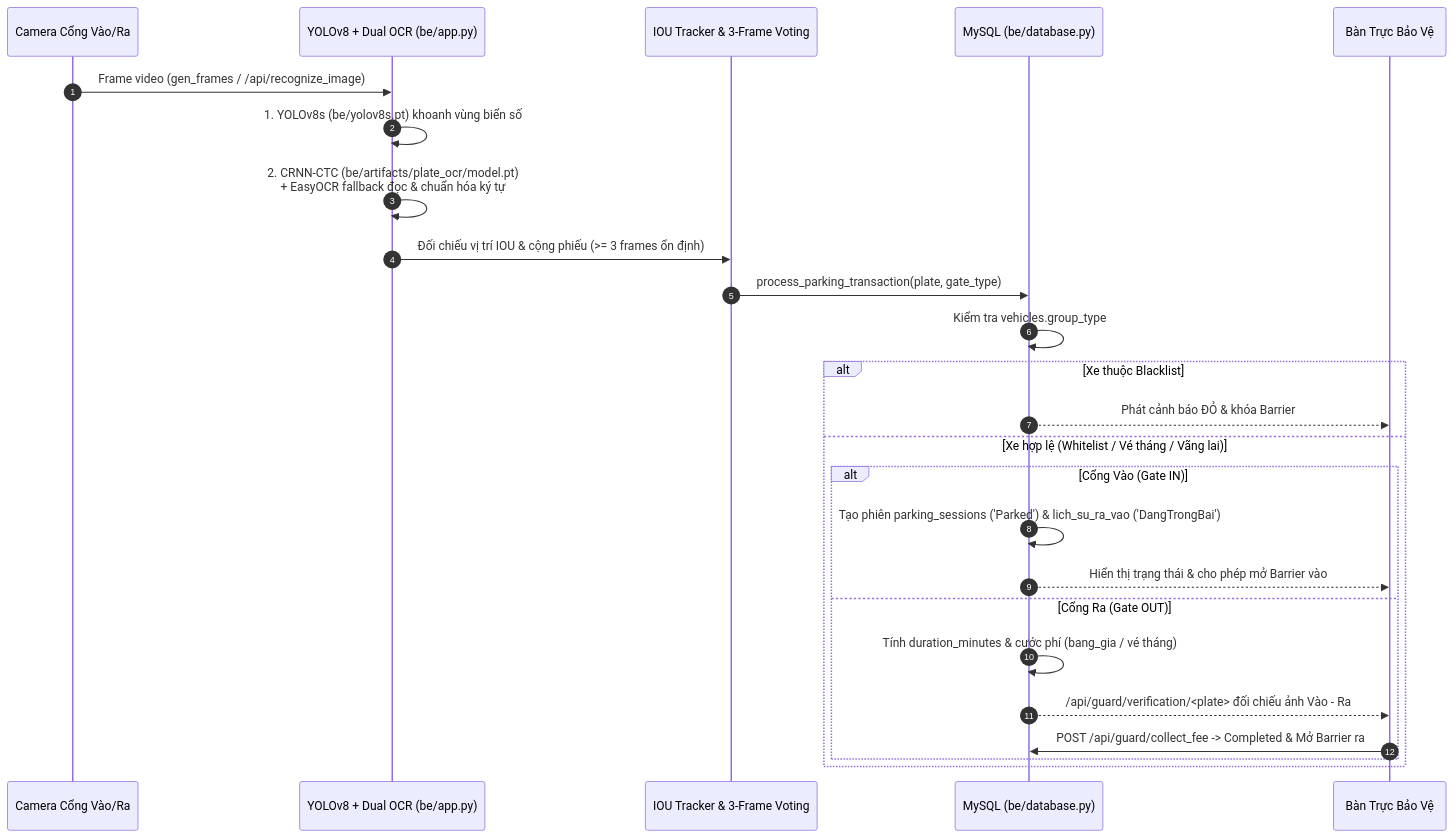
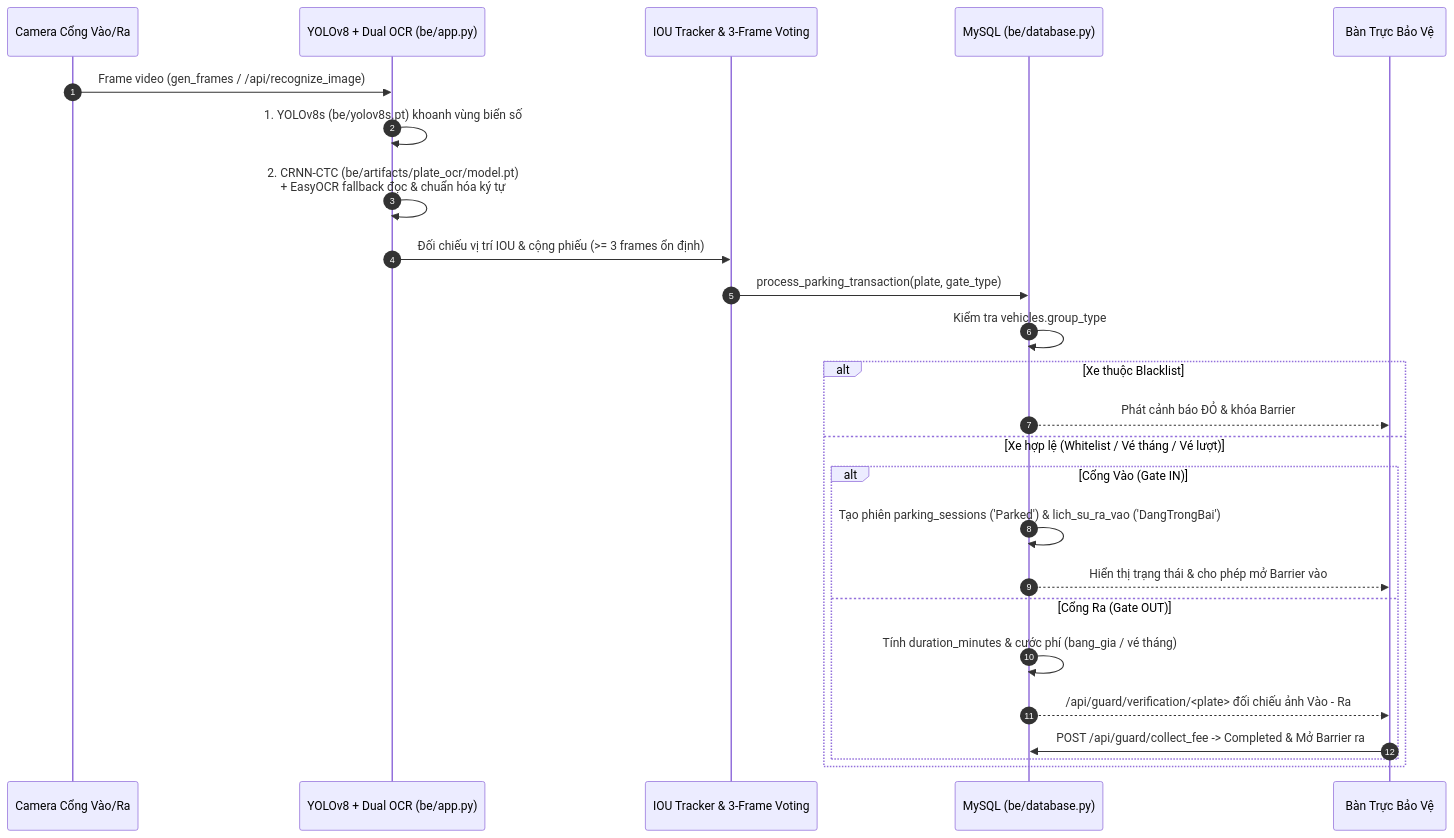
One commit to Truong027/CNPM24 changed the third of 3 diagrams in README.md. Above: the diagram before and after it, drawn with Mermaid. The commit also changed other lines of this file and 1 other file, not shown here.

Commit message:
docs: remove Public Guest actor from diagrams so only the 3 project roles appear

````diff
--- a/README.md
+++ b/README.md
@@ -195,28 +195,28 @@
 ```mermaid
 sequenceDiagram
     autonumber
     participant Cam as Camera Cổng Vào/Ra
     participant AI as YOLOv8 + Dual OCR (be/app.py)
     participant Track as IOU Tracker & 3-Frame Voting
     participant DB as MySQL (be/database.py)
     participant GuardUI as Bàn Trực Bảo Vệ
 
     Cam->>AI: Frame video (gen_frames / /api/recognize_image)
     AI->>AI: 1. YOLOv8s (be/yolov8s.pt) khoanh vùng biển số
     AI->>AI: 2. CRNN-CTC (be/artifacts/plate_ocr/model.pt)<br/>+ EasyOCR fallback đọc & chuẩn hóa ký tự
     AI->>Track: Đối chiếu vị trí IOU & cộng phiếu (>= 3 frames ổn định)
     Track->>DB: process_parking_transaction(plate, gate_type)
     DB->>DB: Kiểm tra vehicles.group_type
     alt Xe thuộc Blacklist
         DB-->>GuardUI: Phát cảnh báo ĐỎ & khóa Barrier
-    else Xe hợp lệ (Whitelist / Vé tháng / Vãng lai)
+    else Xe hợp lệ (Whitelist / Vé tháng / Vé lượt)
         alt Cổng Vào (Gate IN)
             DB->>DB: Tạo phiên parking_sessions ('Parked') & lich_su_ra_vao ('DangTrongBai')
             DB-->>GuardUI: Hiển thị trạng thái & cho phép mở Barrier vào
         else Cổng Ra (Gate OUT)
             DB->>DB: Tính duration_minutes & cước phí (bang_gia / vé tháng)
             DB-->>GuardUI: /api/guard/verification/<plate> đối chiếu ảnh Vào - Ra
             GuardUI->>DB: POST /api/guard/collect_fee -> Completed & Mở Barrier ra
         end
     end
 ```
````
